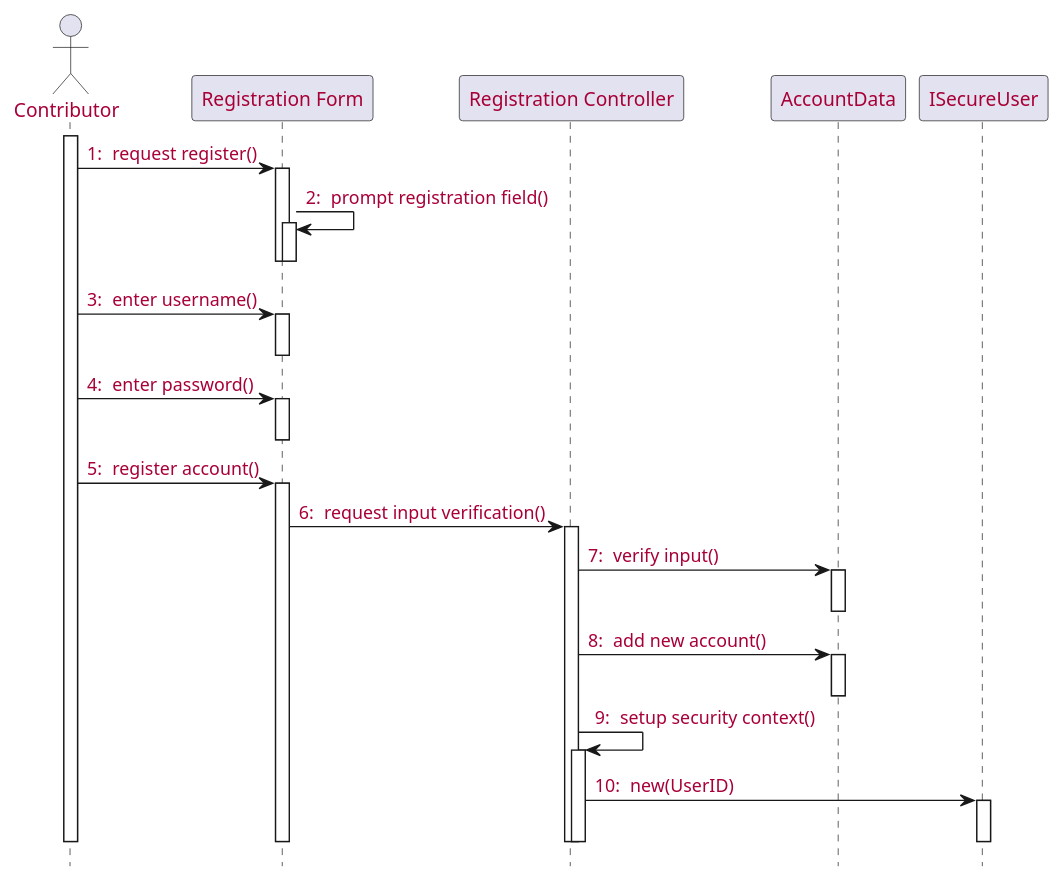
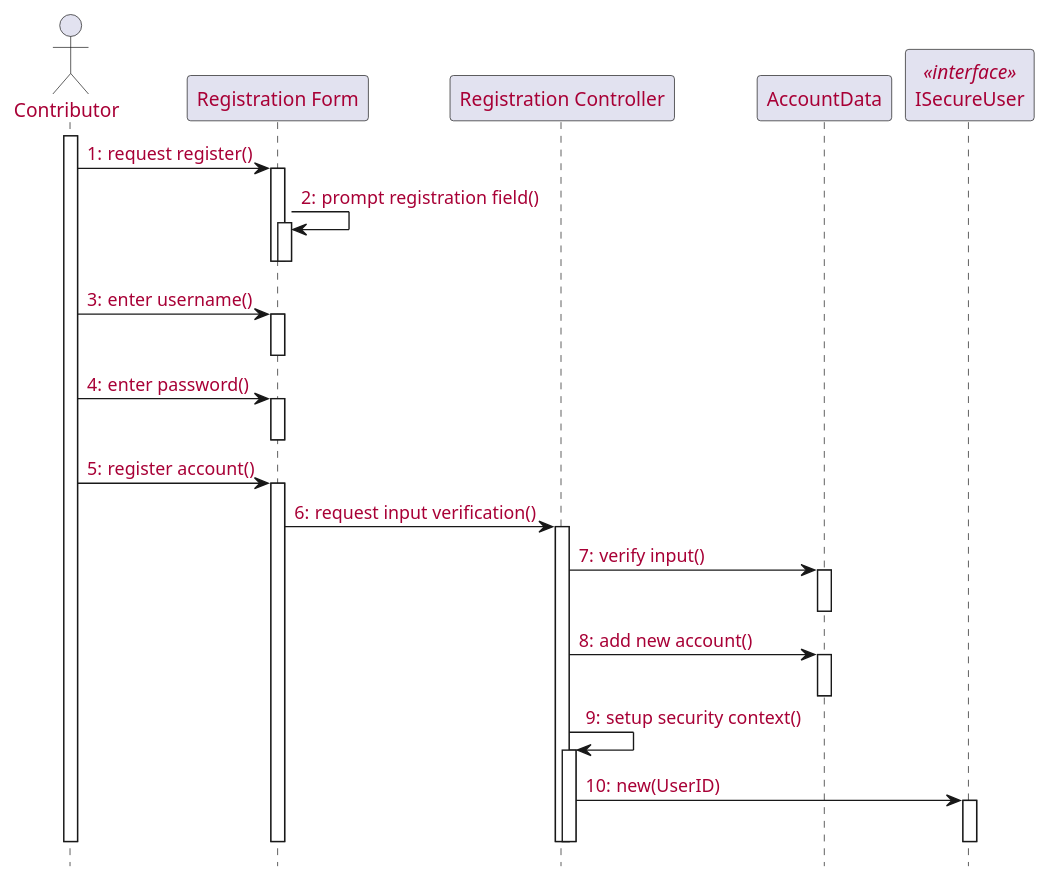
Before and after one commit to McSinyx/ipppi: the second of 8 diagrams in source/solution/use-case-design.rst, drawn with PlantUML. The commit also changed other lines of this file, not shown here.

```diff
--- a/source/solution/use-case-design.rst
+++ b/source/solution/use-case-design.rst
@@ -47,35 +47,35 @@
 .. uml::
 
    skinparam defaultFontColor #a80036
-   autonumber "#: "
+   autonumber "#:"
    autoactivate on
    hide footbox
 
    actor Contributor
    participant "Registration Form" as RF
    participant "Registration Controller" as RC
    participant AccountData
-   participant ISecureUser
+   participant ISecureUser <<interface>>
 
    activate Contributor
    Contributor -> RF : request register()
    RF -> RF : prompt registration field()
    deactivate RF
    deactivate RF
    Contributor -> RF : enter username()
    deactivate RF
    Contributor -> RF : enter password()
    deactivate RF
    Contributor -> RF : register account()
    RF -> RC : request input verification()
    RC -> AccountData : verify input()
    deactivate AccountData
    RC -> AccountData : add new account()
    deactivate AccountData   
    RC -> RC : setup security context()
    RC -> ISecureUser : new(UserID)
    deactivate ISecureUser
    deactivate RC
    deactivate RC   
    deactivate RF
    deactivate Contributor
```
